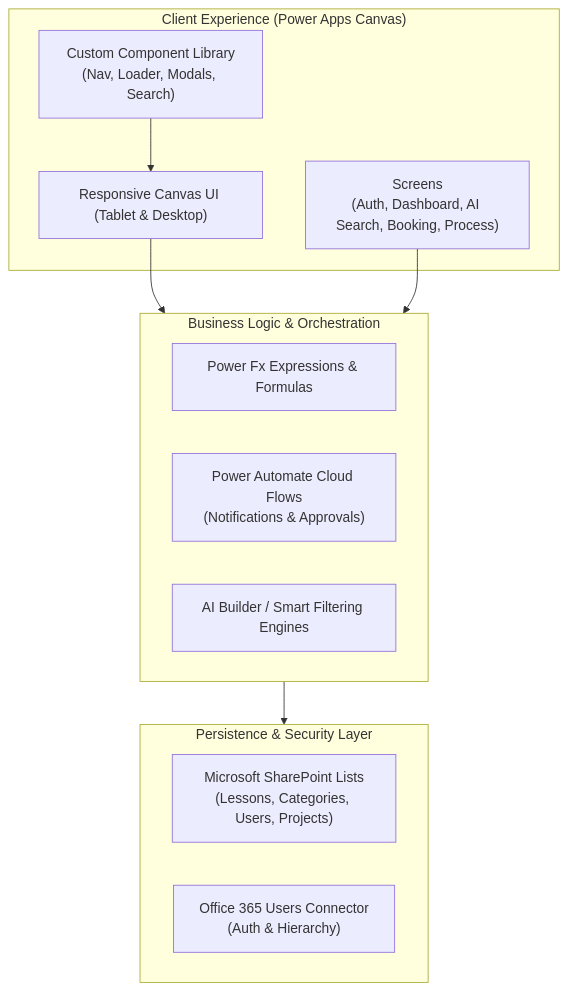
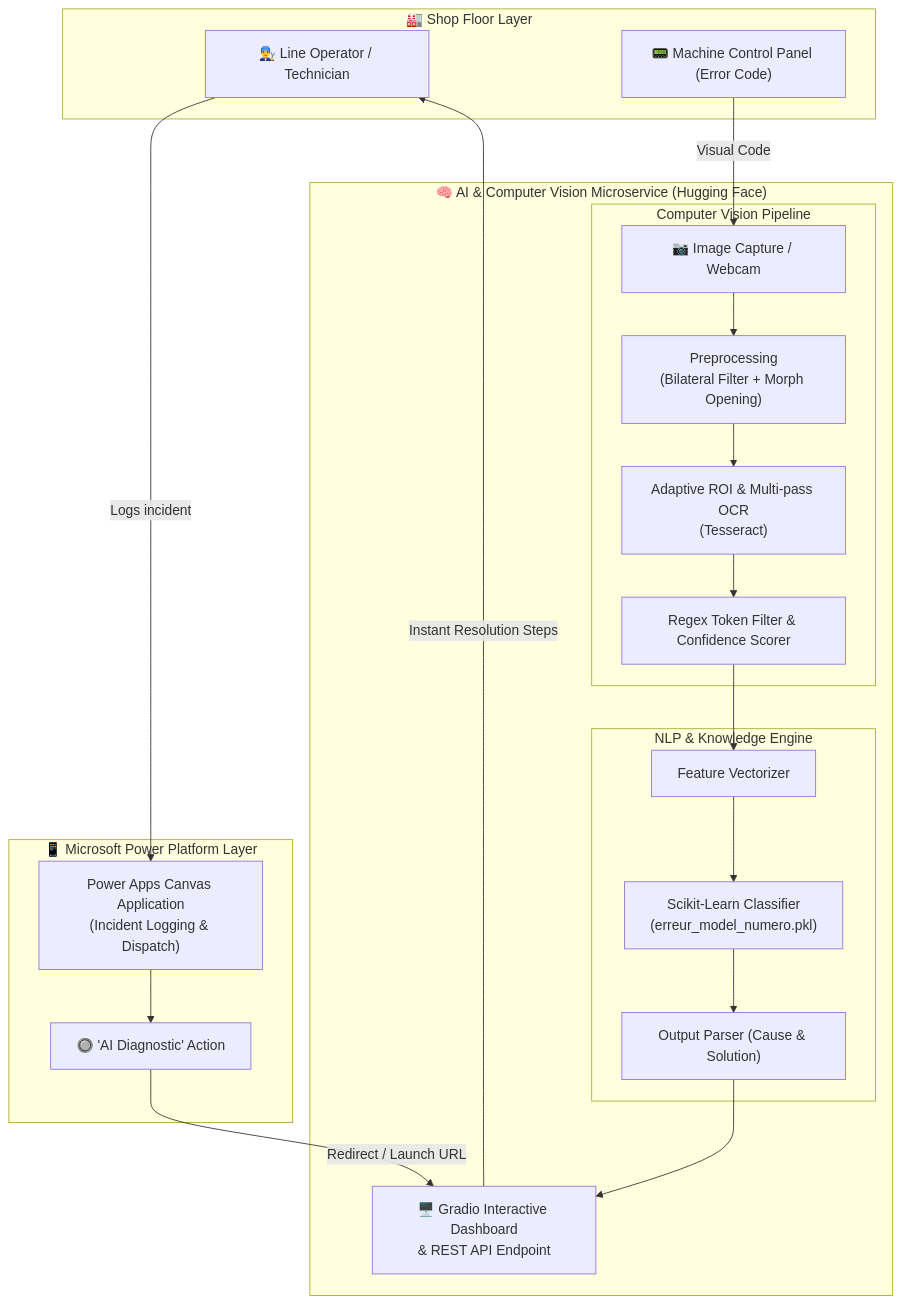
The diagram in README.md (takwahafyen/Lessons-Learned-Smart-Application), drawn with Mermaid before and after one commit. The commit also changed other lines of this file and 14 other files, not shown here.

Commit message:
feat: complete end-to-end industrial diagnostic app (power-apps + ml-service)

````diff
--- a/README.md
+++ b/README.md
@@ -36,24 +31,34 @@
 ```mermaid
 flowchart TD
-    subgraph Client ["Client Experience (Power Apps Canvas)"]
-        UI["Responsive Canvas UI (Tablet & Desktop)"]
-        Components["Custom Component Library\n(Nav, Loader, Modals, Search)"]
-        Screens["Screens\n(Auth, Dashboard, AI Search, Booking, Process)"]
+    subgraph ShopFloor["🏭 Shop Floor Layer"]
+        User["👨‍🔧 Line Operator / Technician"]
+        Console["📟 Machine Control Panel (Error Code)"]
     end
 
-    subgraph Logic ["Business Logic & Orchestration"]
-        PA["Power Fx Expressions & Formulas"]
-        Flows["Power Automate Cloud Flows\n(Notifications & Approvals)"]
-        AI["AI Builder / Smart Filtering Engines"]
+    subgraph FrontEnd["📱 Microsoft Power Platform Layer"]
+        PA["Power Apps Canvas Application<br>(Incident Logging & Dispatch)"]
+        Btn["🔘 'AI Diagnostic' Action"]
     end
 
-    subgraph Data ["Persistence & Security Layer"]
-        SP["Microsoft SharePoint Lists\n(Lessons, Categories, Users, Projects)"]
-        O365["Office 365 Users Connector\n(Auth & Hierarchy)"]
+    subgraph AIService["🧠 AI & Computer Vision Microservice (Hugging Face)"]
+        subgraph CV["Computer Vision Pipeline"]
+            Cam["📷 Image Capture / Webcam"]
+            Pre["Preprocessing<br>(Bilateral Filter + Morph Opening)"]
+            ROI["Adaptive ROI & Multi-pass OCR<br>(Tesseract)"]
+            Token["Regex Token Filter & Confidence Scorer"]
+        end
+        subgraph ML["NLP & Knowledge Engine"]
+            Vect["Feature Vectorizer"]
+            Model["Scikit-Learn Classifier<br>(erreur_model_numero.pkl)"]
+            Decoder["Output Parser (Cause & Solution)"]
+        end
+        UI["🖥️ Gradio Interactive Dashboard<br>& REST API Endpoint"]
     end
 
-    UI --> Logic
-    Components --> UI
-    Screens --> Logic
-    Logic --> Data
+    Console -->|Visual Code| Cam
+    User -->|Logs incident| PA
+    PA --> Btn
+    Btn -->|Redirect / Launch URL| UI
+    Cam --> Pre --> ROI --> Token --> Vect --> Model --> Decoder --> UI
+    UI -->|Instant Resolution Steps| User
 ```
````
